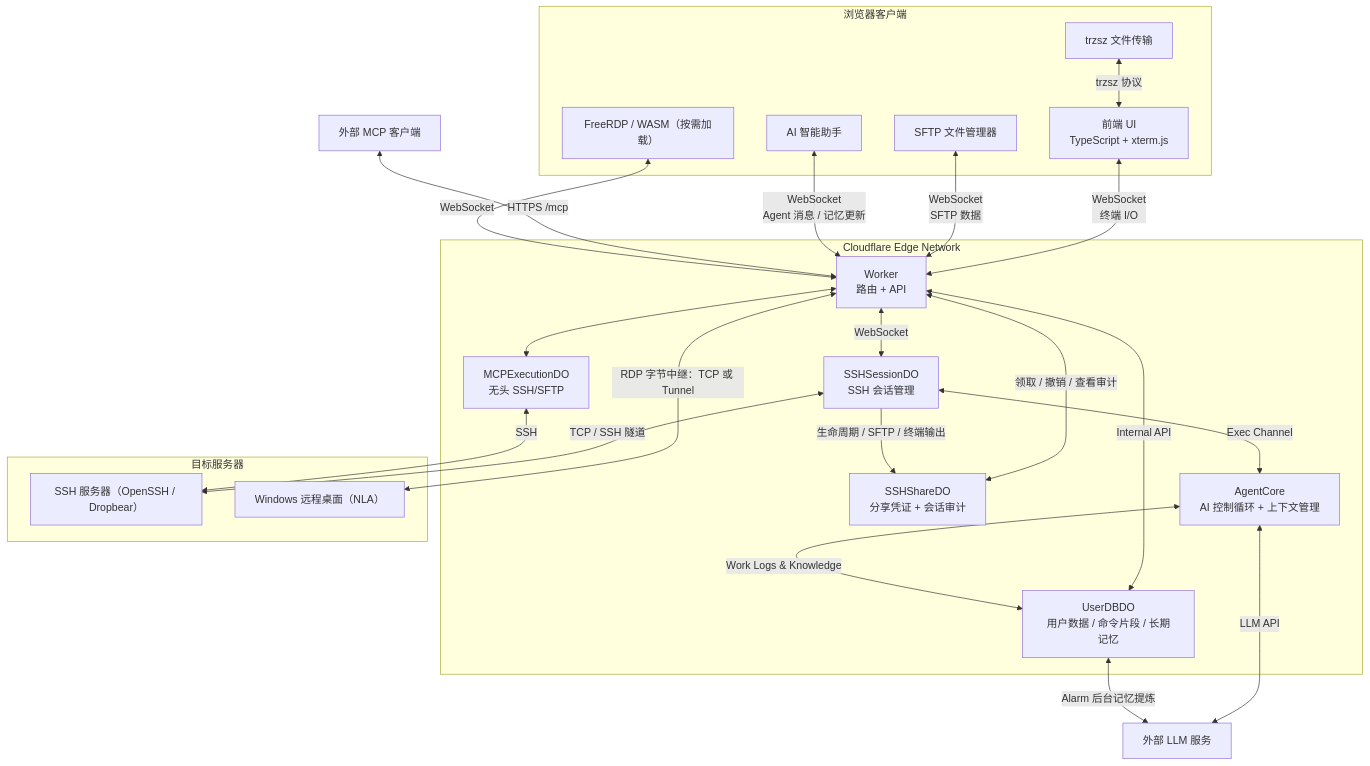
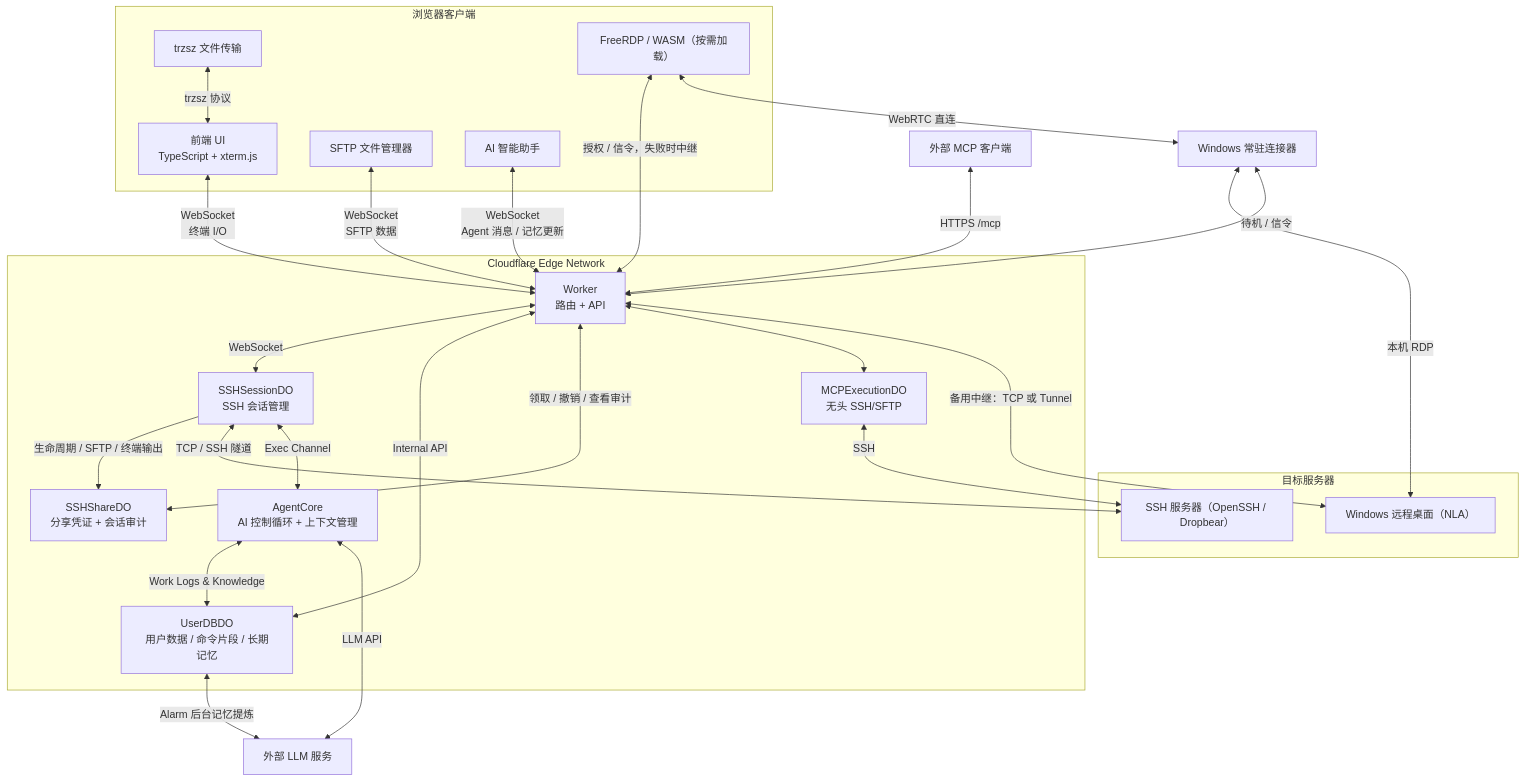
One commit to newbietan/CloudSSH changed the diagram in README.md. Above: the diagram before and after it, drawn with Mermaid. The commit also changed other lines of this file and 97 other files, not shown here.

First line of the commit message:
release: 发布 v2.13.0 Windows WebRTC 直连与界面优化版本 (#219)

````diff
--- a/README.md
+++ b/README.md
@@ -153,43 +153,46 @@
 ```mermaid
 flowchart TB
     subgraph "浏览器客户端"
         UI["前端 UI<br/>TypeScript + xterm.js"]
         SFTP["SFTP 文件管理器"]
         Agent["AI 智能助手"]
         Trzsz["trzsz 文件传输"]
         RDP["FreeRDP / WASM（按需加载）"]
     end
 
     subgraph "Cloudflare Edge Network"
         Worker["Worker<br/>路由 + API"]
         SSH_DO["SSHSessionDO<br/>SSH 会话管理"]
         User_DO["UserDBDO<br/>用户数据 / 命令片段 / 长期记忆"]
         Share_DO["SSHShareDO<br/>分享凭证 + 会话审计"]
         MCP_DO["MCPExecutionDO<br/>无头 SSH/SFTP"]
         AgentCore["AgentCore<br/>AI 控制循环 + 上下文管理"]
     end
 
     subgraph "目标服务器"
         SSH["SSH 服务器（OpenSSH / Dropbear）"]
         Windows["Windows 远程桌面（NLA）"]
     end
 
     UI <-->|"WebSocket<br/>终端 I/O"| Worker
     SFTP <-->|"WebSocket<br/>SFTP 数据"| Worker
     Agent <-->|"WebSocket<br/>Agent 消息 / 记忆更新"| Worker
     Trzsz <-->|"trzsz 协议"| UI
     Worker <-->|"WebSocket"| SSH_DO
     Worker <-->|"Internal API"| User_DO
     Worker <-->|"领取 / 撤销 / 查看审计"| Share_DO
     SSH_DO -->|"生命周期 / SFTP / 终端输出"| Share_DO
     SSH_DO <-->|"TCP / SSH 隧道"| SSH
     Client["外部 MCP 客户端"] <-->|"HTTPS /mcp"| Worker
     Worker <--> MCP_DO
     MCP_DO <-->|"SSH"| SSH
-    RDP <-->|"WebSocket"| Worker
-    Worker <-->|"RDP 字节中继：TCP 或 Tunnel"| Windows
+    RDP <-->|"授权 / 信令，失败时中继"| Worker
+    Worker <-->|"备用中继：TCP 或 Tunnel"| Windows
+    RDP <-->|"WebRTC 直连"| Connector["Windows 常驻连接器"]
+    Connector <-->|"本机 RDP"| Windows
+    Connector <-->|"待机 / 信令"| Worker
     SSH_DO <-->|"Exec Channel"| AgentCore
     AgentCore <-->|"Work Logs & Knowledge"| User_DO
     AgentCore <-->|"LLM API"| External["外部 LLM 服务"]
     User_DO <-->|"Alarm 后台记忆提炼"| External
 ```
````
